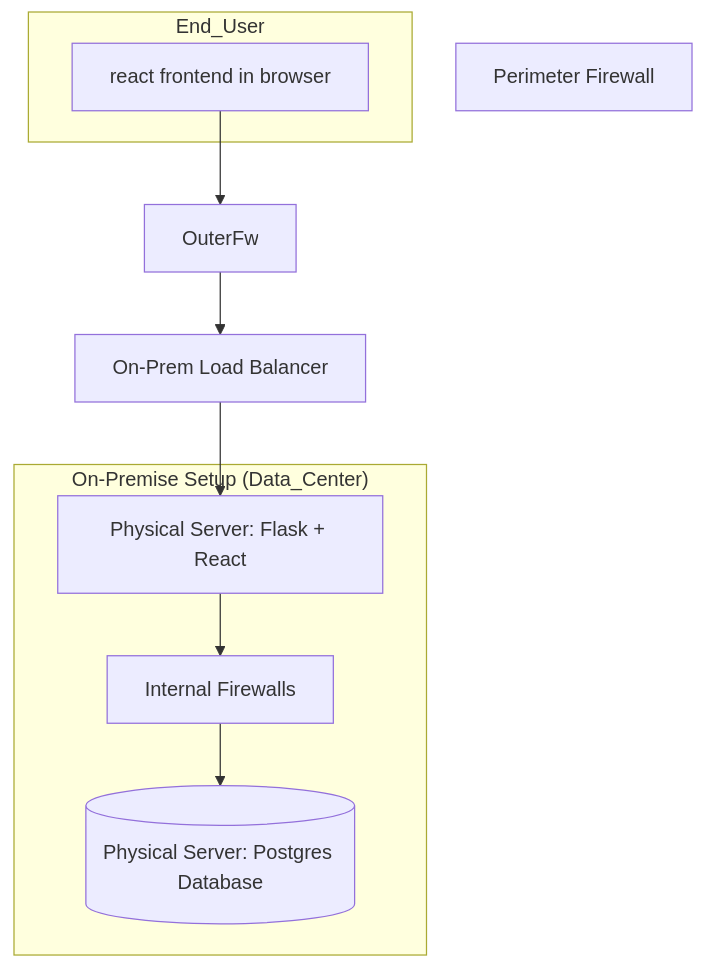
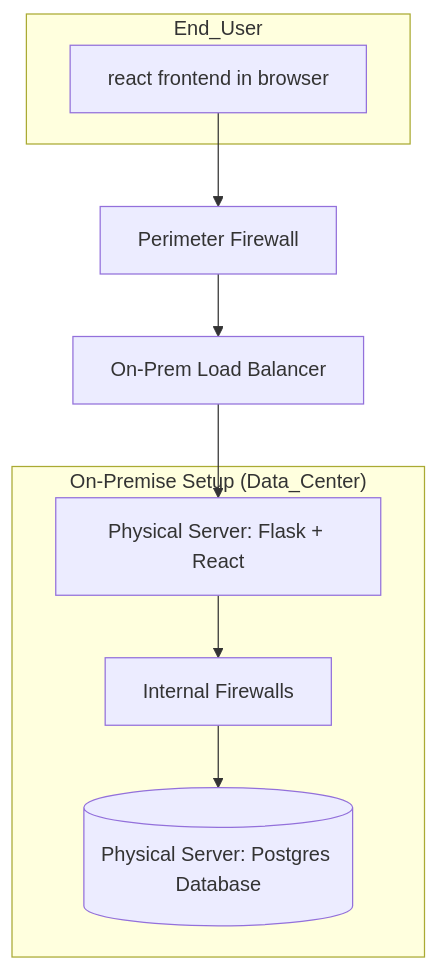
One commit to Sighopss/Algonquin-Code-Base changed the third of 3 diagrams in lab2.md. Above: the diagram before and after it, drawn with Mermaid.

````diff
--- a/lab2.md
+++ b/lab2.md
@@ -55,27 +55,27 @@
 ```mermaid
 
 graph TB
 
     subgraph User["End_User"]
 
         UI[react frontend in browser]
 
 
     end
 
     OuterFW[Perimeter Firewall]
 
     HardwareLB[On-Prem Load Balancer]
 
     subgraph OnPrem["On-Premise Setup (Data_Center)"]
 
         Server1[Physical Server: Flask + React]
 
         InnerFW[Internal Firewalls]
         Server2[(Physical Server: Postgres Database)]
 
     end
 
-    UI --> OuterFw --> HardwareLB --> Server1
+    UI --> OuterFW --> HardwareLB --> Server1
     --> InnerFW --> Server2
 ```
````
